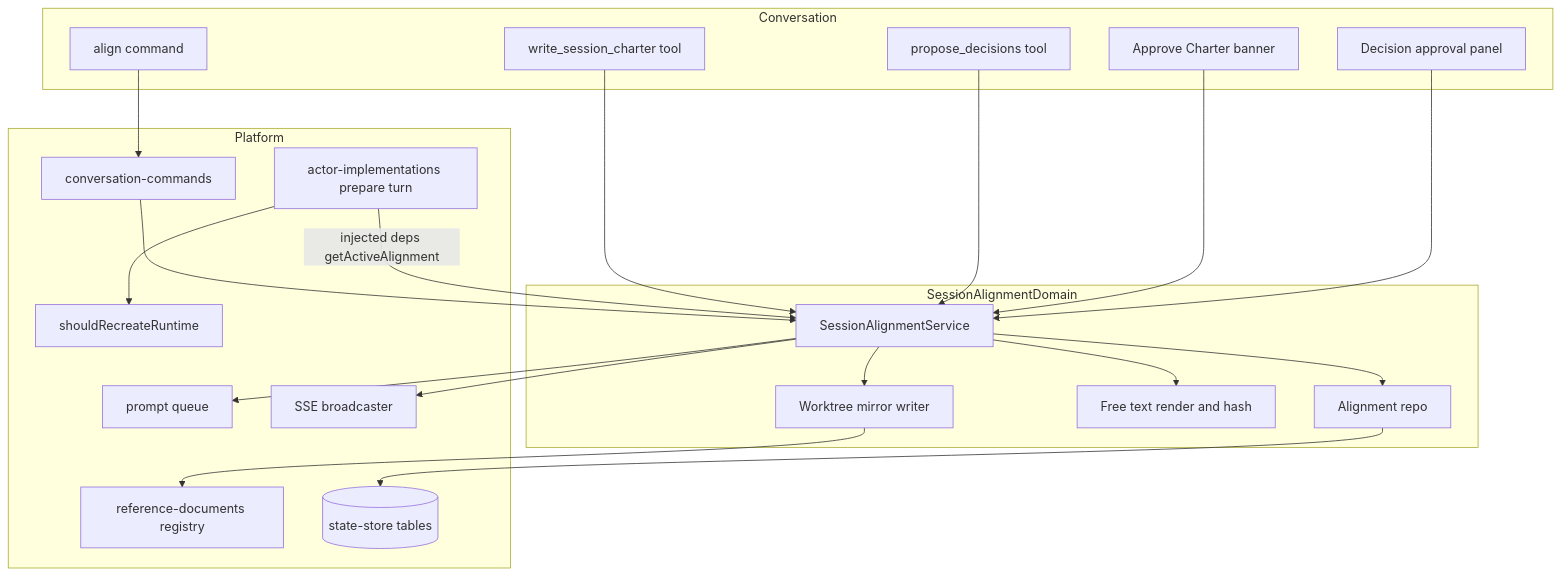
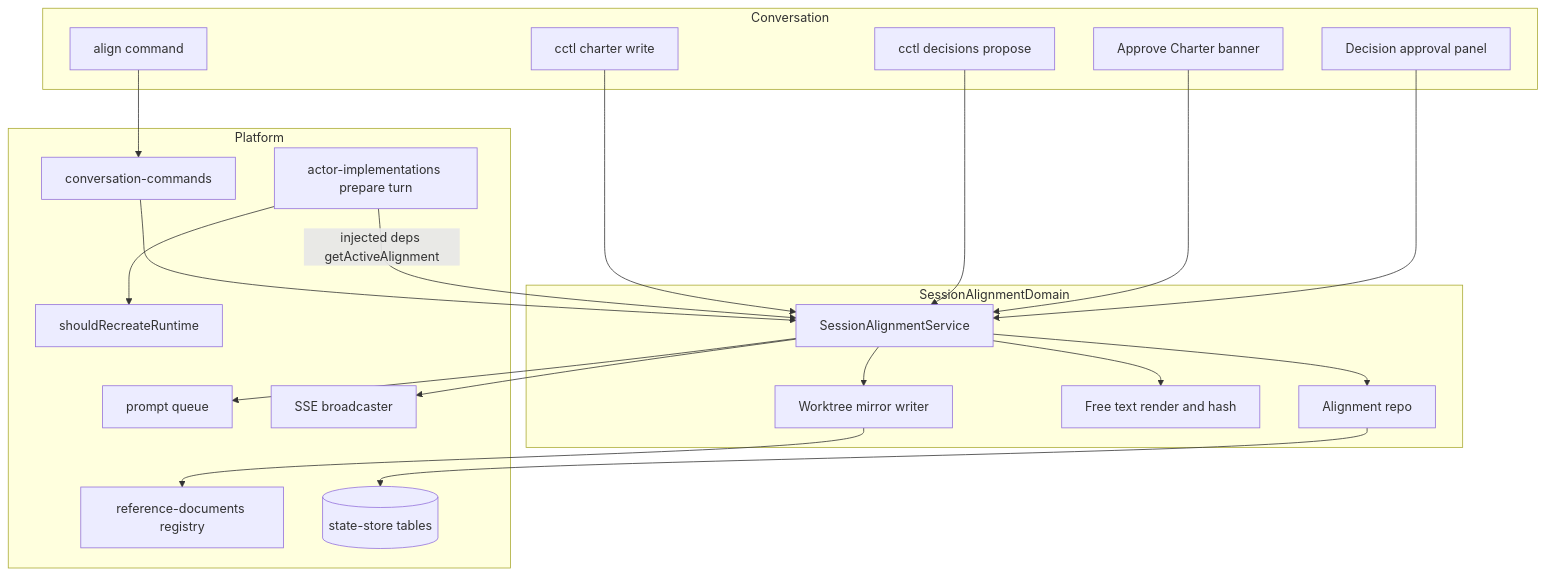
One commit to amhuppert/remote-ai-manager changed the first of 5 diagrams in .kiro/specs/session-alignment/design.md. Above: the diagram before and after it, drawn with Mermaid. The commit also changed other lines of this file and 32 other files, not shown here.

First line of the commit message:
Fix session alignment decision review flow

````diff
--- a/.kiro/specs/session-alignment/design.md
+++ b/.kiro/specs/session-alignment/design.md
@@ -65,38 +65,38 @@
 ```mermaid
 graph TB
   subgraph Conversation
     AlignCmd[align command]
-    WriteTool[write_session_charter tool]
-    ProposeTool[propose_decisions tool]
+    CharterCLI[cctl charter write]
+    DecisionsCLI[cctl decisions propose]
     Banner[Approve Charter banner]
     DecPanel[Decision approval panel]
   end
   subgraph SessionAlignmentDomain
     Service[SessionAlignmentService]
     Repo[Alignment repo]
     Render[Free text render and hash]
     Mirror[Worktree mirror writer]
   end
   subgraph Platform
     Cmd[conversation-commands]
     Queue[prompt queue]
     Actor[actor-implementations prepare turn]
     Recreate[shouldRecreateRuntime]
     SSE[SSE broadcaster]
     RefDocs[reference-documents registry]
     DB[(state-store tables)]
   end
 
   AlignCmd --> Cmd --> Service
-  WriteTool --> Service
-  ProposeTool --> Service
+  CharterCLI --> Service
+  DecisionsCLI --> Service
   Banner --> Service
   DecPanel --> Service
   Service --> Repo --> DB
   Service --> Render
   Service --> Mirror --> RefDocs
   Service --> Queue
   Service --> SSE
   Actor -->|injected deps getActiveAlignment| Service
   Actor --> Recreate
 ```
````
